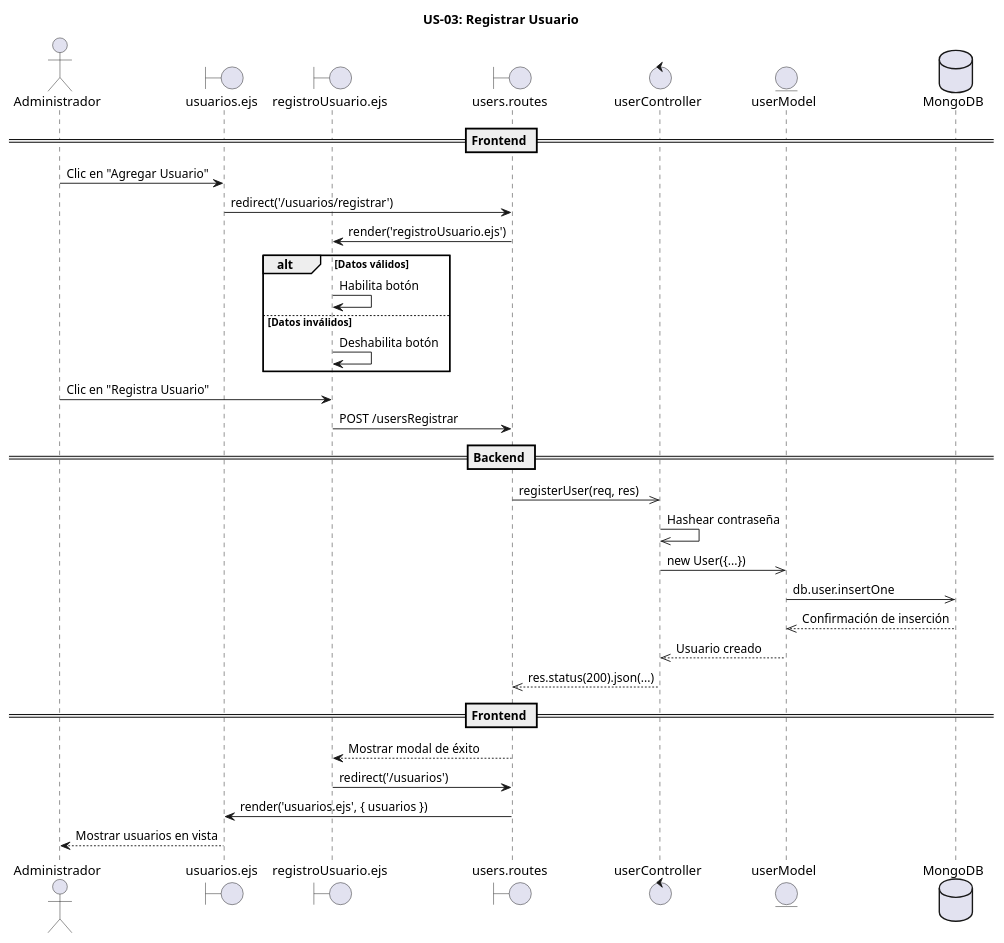
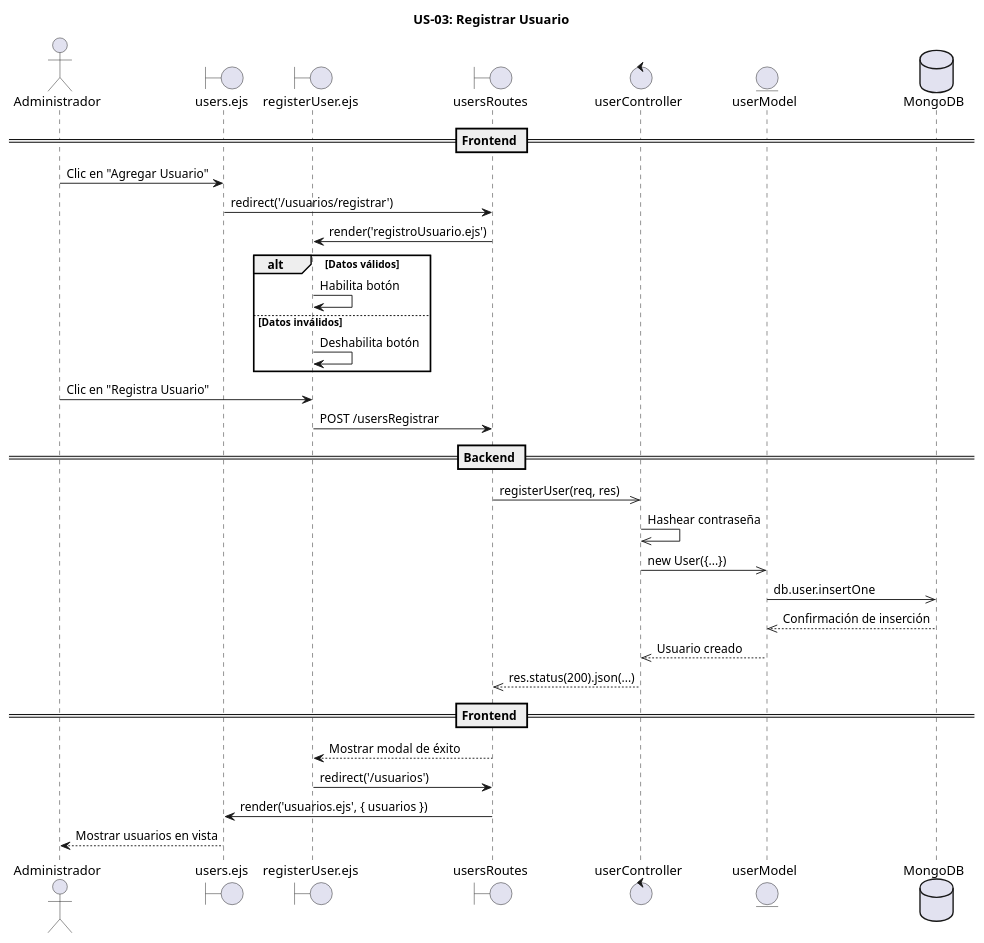
One commit to PIX3L-IT/dieselflow-dise-o changed the diagram in MVP/US-03-registrarUsuario/US-03-registrarUsuario.puml. Above: the diagram before and after it, drawn with PlantUML. The commit also changed 1 other file, not shown here.

```diff
--- a/MVP/US-03-registrarUsuario/US-03-registrarUsuario.puml
+++ b/MVP/US-03-registrarUsuario/US-03-registrarUsuario.puml
@@ -1,44 +1,44 @@
 @startuml
 title US-03: Registrar Usuario
 
 actor Administrador
 
-boundary "usuarios.ejs" as VistaUsuarios
-boundary "registroUsuario.ejs" as VistaRegistro
-boundary "users.routes" as Router
+boundary "users.ejs" as VistaUsuarios
+boundary "registerUser.ejs" as VistaRegistro
+boundary "usersRoutes" as Router
 control "userController" as Controller
 entity "userModel" as Modelo
 database "MongoDB" as DB
 
 == Frontend ==
 Administrador -> VistaUsuarios : Clic en "Agregar Usuario"
 VistaUsuarios -> Router : redirect('/usuarios/registrar')
 Router -> VistaRegistro : render('registroUsuario.ejs')
 alt Datos válidos
   VistaRegistro -> VistaRegistro : Habilita botón
 else Datos inválidos
   VistaRegistro -> VistaRegistro : Deshabilita botón
 end
 
 Administrador -> VistaRegistro : Clic en "Registra Usuario"
 VistaRegistro -> Router : POST /usersRegistrar
 
 == Backend ==
 Router ->> Controller : registerUser(req, res)
 Controller ->> Controller : Hashear contraseña
 Controller ->> Modelo : new User({...})
 
 Modelo ->> DB : db.user.insertOne
 DB -->> Modelo : Confirmación de inserción
 Modelo -->> Controller : Usuario creado
 
 Controller -->> Router : res.status(200).json(...)
 
 == Frontend ==
 Router --> VistaRegistro : Mostrar modal de éxito
 
 VistaRegistro -> Router : redirect('/usuarios')
 Router -> VistaUsuarios : render('usuarios.ejs', { usuarios })
 VistaUsuarios --> Administrador : Mostrar usuarios en vista
 
 @enduml
```
